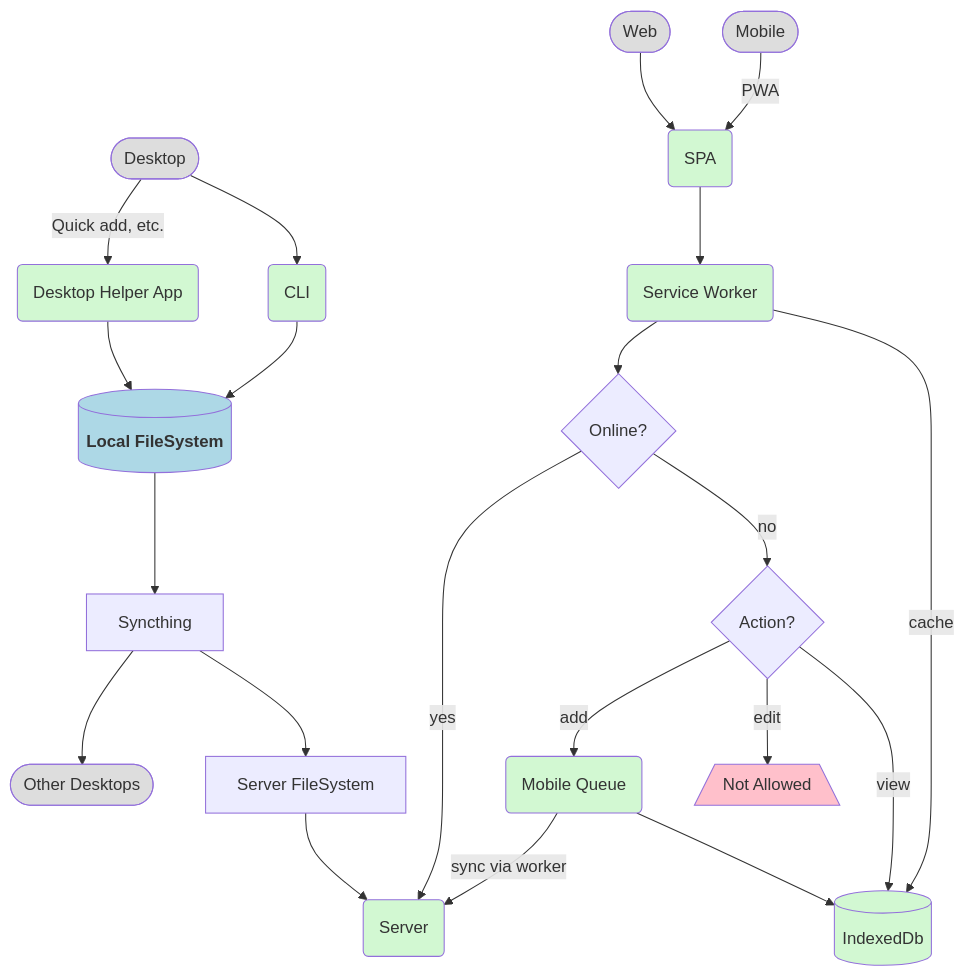
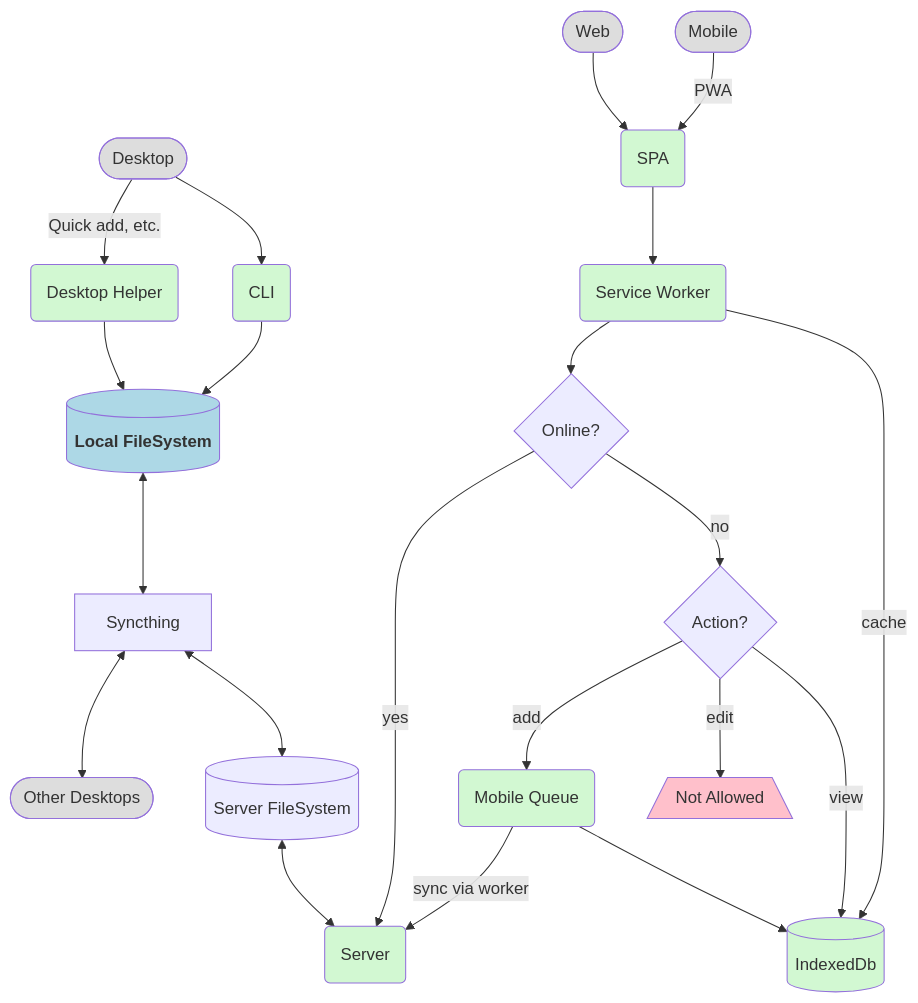
Before and after one commit to blaix/doitanyway: the first of 2 diagrams in ARCHITECTURE.md, drawn with Mermaid. The commit also changed other lines of this file, not shown here.

First line of the commit message:
WIP updates to ARCHITECTURE

````diff
--- a/ARCHITECTURE.md
+++ b/ARCHITECTURE.md
@@ -8,41 +10,41 @@
 ```mermaid
 flowchart
 	desktop -- Quick add, etc. --> helper
 	desktop([Desktop]) --> cli(CLI)
 	cli --> localfiles[("`**Local FileSystem**`")]
-	localfiles --> Syncthing
-	Syncthing --> otherfiles([Other Desktops])
-	Syncthing --> serverfiles[Server FileSystem]
-	serverfiles --> server(Server)
+	localfiles <--> Syncthing
+	Syncthing <--> otherfiles([Other Desktops])
+	Syncthing <--> serverfiles[(Server FileSystem)]
+	serverfiles <--> server(Server)
 
-	helper(Desktop Helper App) --> localfiles
+	helper(Desktop Helper) --> localfiles
 
 	web([Web]) --> spa(SPA)
 	mobile([Mobile]) -- PWA --> spa
 	spa --> worker(Service Worker)
 	worker --> online{Online?}
 	online -- yes --> server
 	online -- no --> action{Action?}
 	action -- add --> queue(Mobile Queue)
 	action -- edit --> stop[/Not Allowed\]
 	action -- view --> idb[(IndexedDb)]
 	worker -- cache --> idb
 	queue -- sync via worker --> server
 	queue --> idb
 	
 	style desktop fill:#ddd
 	style otherfiles fill:#ddd
 	style web fill:#ddd
 	style mobile fill:#ddd
 
 	style cli fill:#d2f8d2
 	style helper fill:#d2f8d2
 	style server fill:#d2f8d2
 	style spa fill:#d2f8d2
 	style worker fill:#d2f8d2
 	style idb fill:#d2f8d2
 	style queue fill:#d2f8d2
 
 	style localfiles fill:#add8e6	
 	style stop fill:#ffc0cb
 ```
````
